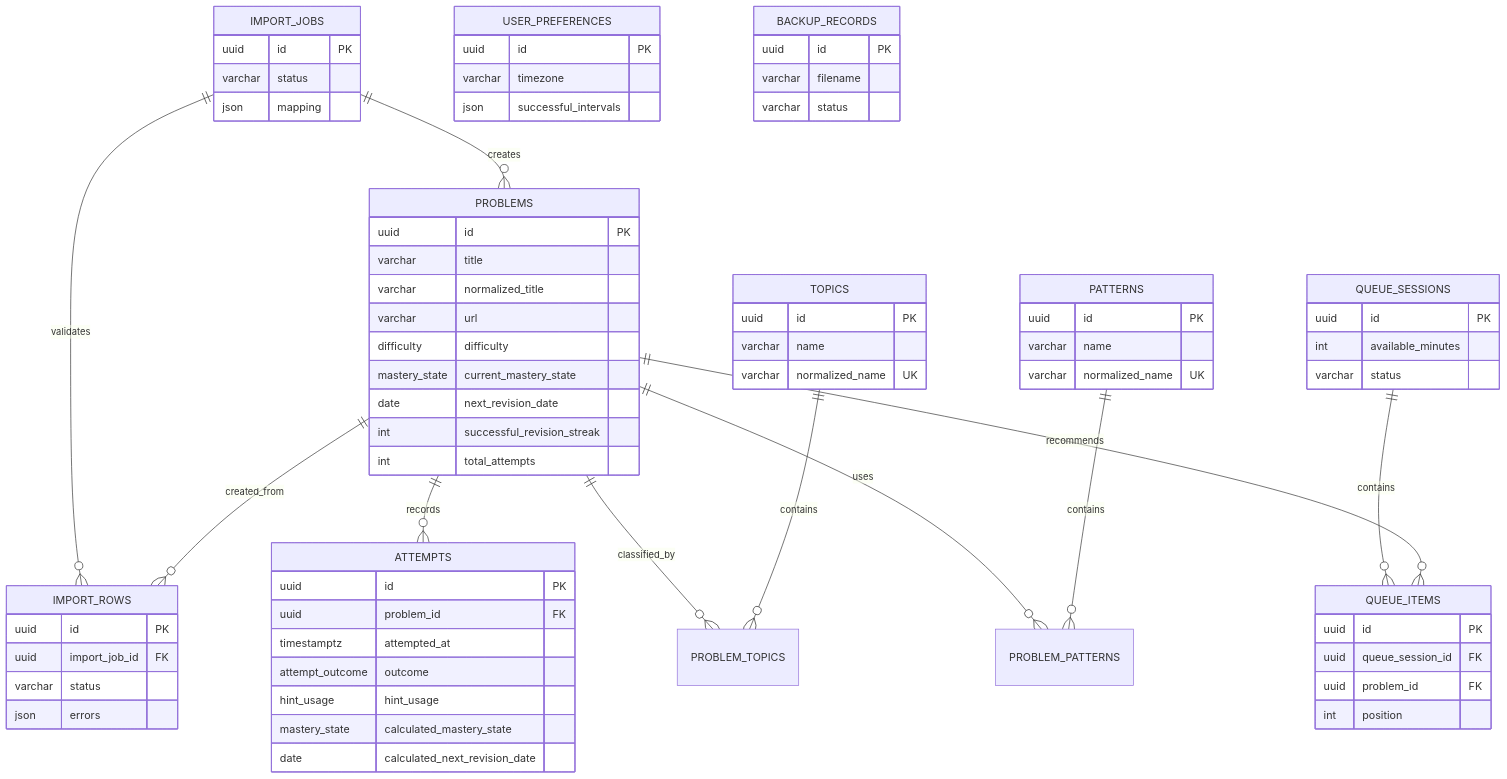
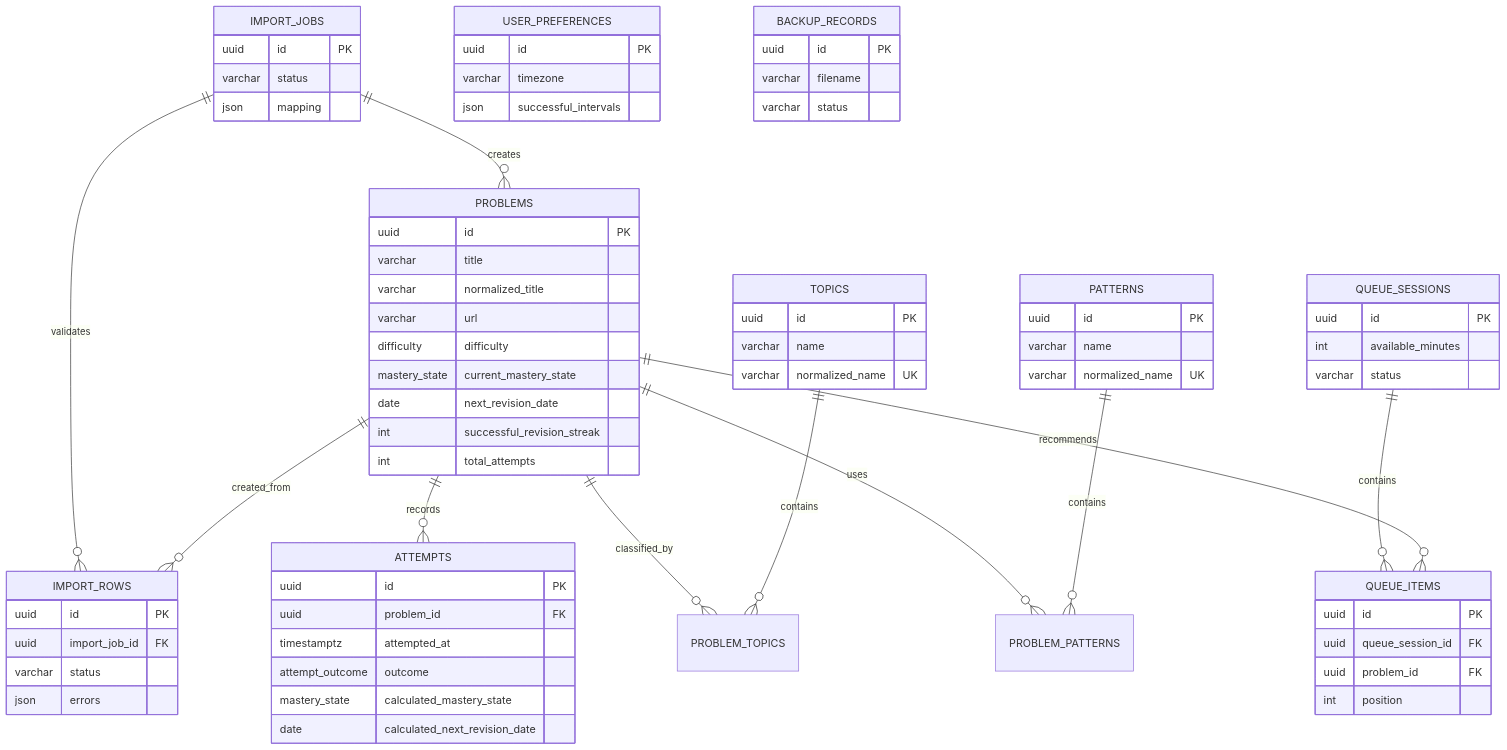
Before and after one commit to rpandya1990/codemuscle: the diagram in docs/database.md, drawn with Mermaid. The commit also changed other lines of this file and 19 other files, not shown here.

Commit message:
refactor: remove redundant attempt hint usage

````diff
--- a/docs/database.md
+++ b/docs/database.md
@@ -9,42 +9,41 @@
 ```mermaid
 erDiagram
     PROBLEMS ||--o{ ATTEMPTS : records
     PROBLEMS ||--o{ PROBLEM_TOPICS : classified_by
     TOPICS ||--o{ PROBLEM_TOPICS : contains
     PROBLEMS ||--o{ PROBLEM_PATTERNS : uses
     PATTERNS ||--o{ PROBLEM_PATTERNS : contains
     IMPORT_JOBS ||--o{ IMPORT_ROWS : validates
     IMPORT_JOBS ||--o{ PROBLEMS : creates
     PROBLEMS ||--o{ IMPORT_ROWS : created_from
     QUEUE_SESSIONS ||--o{ QUEUE_ITEMS : contains
     PROBLEMS ||--o{ QUEUE_ITEMS : recommends
 
     PROBLEMS {
       uuid id PK
       varchar title
       varchar normalized_title
       varchar url
       difficulty difficulty
       mastery_state current_mastery_state
       date next_revision_date
       int successful_revision_streak
       int total_attempts
     }
     ATTEMPTS {
       uuid id PK
       uuid problem_id FK
       timestamptz attempted_at
       attempt_outcome outcome
-      hint_usage hint_usage
       mastery_state calculated_mastery_state
       date calculated_next_revision_date
     }
     TOPICS { uuid id PK varchar name varchar normalized_name UK }
     PATTERNS { uuid id PK varchar name varchar normalized_name UK }
     IMPORT_JOBS { uuid id PK varchar status json mapping }
     IMPORT_ROWS { uuid id PK uuid import_job_id FK varchar status json errors }
     QUEUE_SESSIONS { uuid id PK int available_minutes varchar status }
     QUEUE_ITEMS { uuid id PK uuid queue_session_id FK uuid problem_id FK int position }
     USER_PREFERENCES { uuid id PK varchar timezone json successful_intervals }
     BACKUP_RECORDS { uuid id PK varchar filename varchar status }
 ```
````
